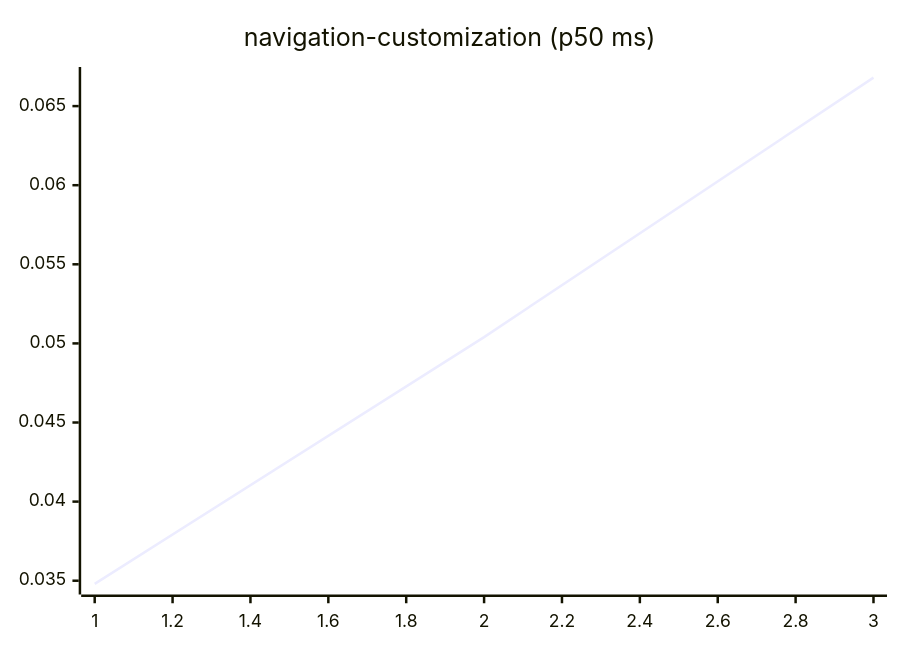
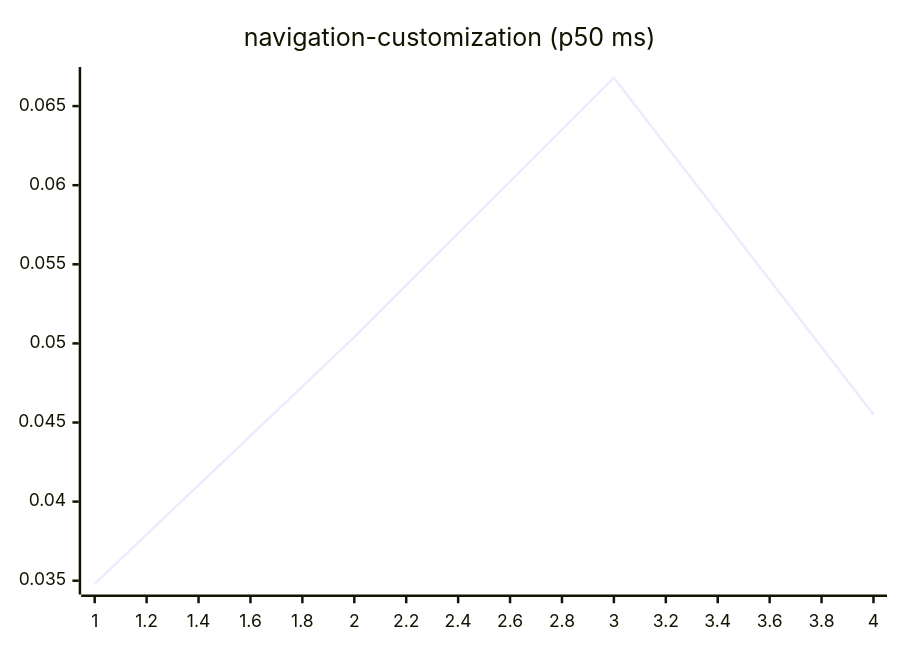
Diagram 15 of 27 in README.md (josha/Facet), drawn with Mermaid before and after one commit. The commit also changed other lines of this file and 2 other files, not shown here.

````diff
--- a/README.md
+++ b/README.md
@@ -161,6 +161,6 @@
 ```mermaid
 xychart-beta
     title "navigation-customization (p50 ms)"
-    x-axis 1 --> 3
-    line [0.0348, 0.0504, 0.0668]
+    x-axis 1 --> 4
+    line [0.0348, 0.0504, 0.0668, 0.0455]
 ```
````
